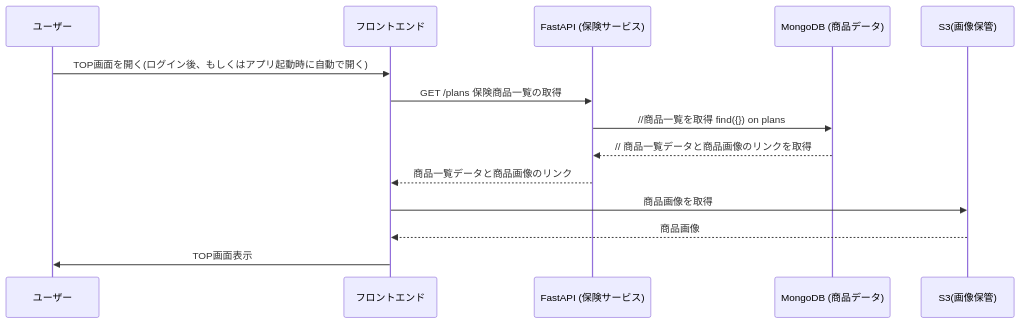
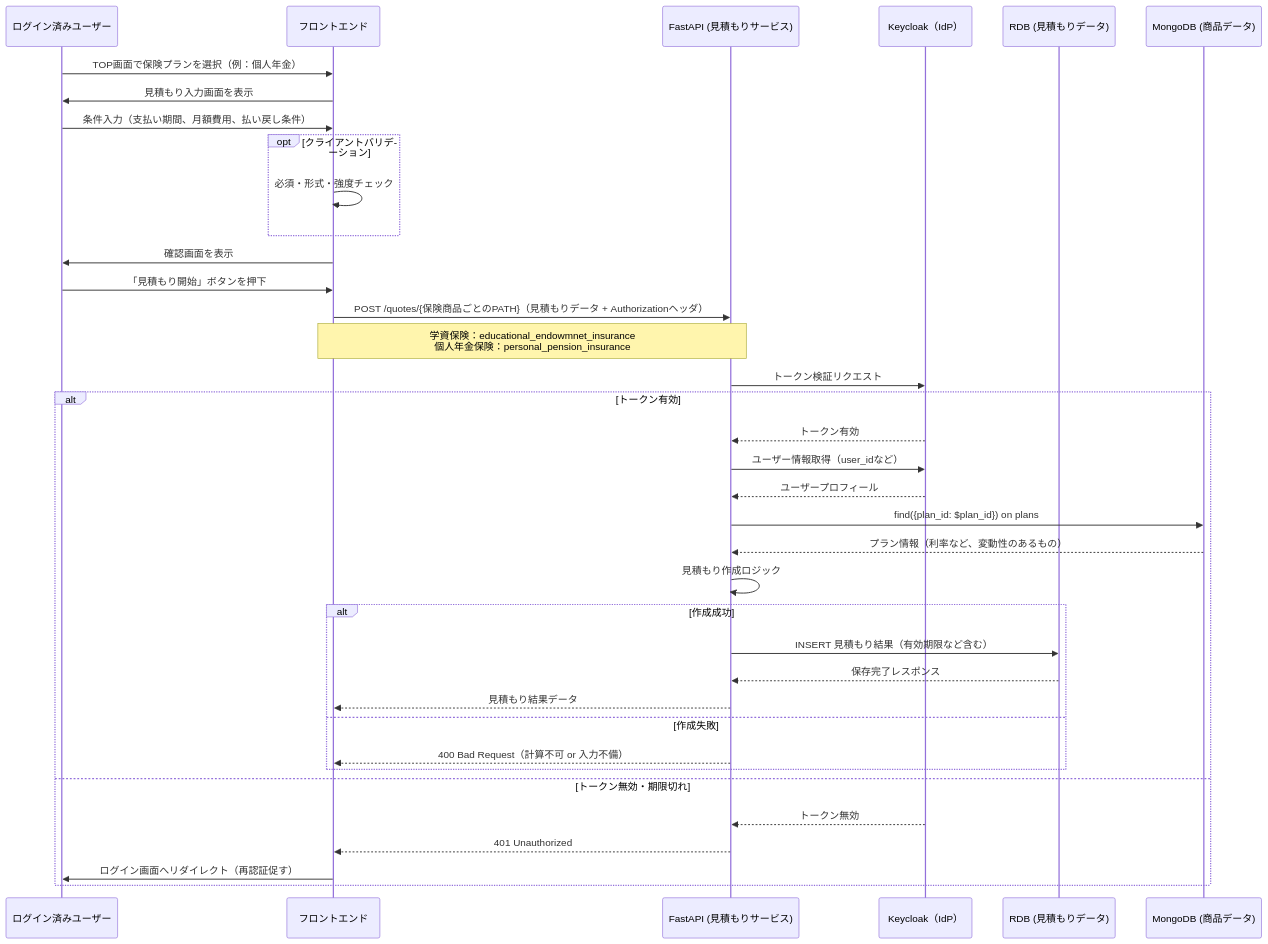
One commit to Yumapon/microservice_app changed the fifth of 10 diagrams in sequence/README.md. Above: the diagram before and after it, drawn with Mermaid. The commit also changed other lines of this file and 14 other files, not shown here.

Commit message:
sequence and openapi

````diff
--- a/sequence/README.md
+++ b/sequence/README.md
@@ -51,17 +269,42 @@
 ```mermaid
 sequenceDiagram
-    participant User as ユーザー
+    participant User as ログイン済みユーザー
     participant Frontend as フロントエンド
-    participant API as FastAPI (保険サービス)
-    participant DB as MongoDB (商品データ)
-    participant S3 as S3(画像保管)
+    participant API as FastAPI (見積もりサービス)
+    participant Keycloak as Keycloak（IdP）
+    participant DB1 as RDB (見積もりデータ)
+    participant DB2 as MongoDB (商品データ)
 
-    User->>Frontend: TOP画面を開く(ログイン後、もしくはアプリ起動時に自動で開く) 
-    Frontend->>API: GET /plans 保険商品一覧の取得
-    API->>DB: //商品一覧を取得 find({}) on plans
-    DB-->>API:// 商品一覧データと商品画像のリンクを取得
-    API-->>Frontend:商品一覧データと商品画像のリンク
-    Frontend->>S3:商品画像を取得
-    S3-->>Frontend:商品画像
-    Frontend->>User: TOP画面表示
+    User->>Frontend: TOP画面で保険プランを選択（例：個人年金）
+    Frontend->>User: 見積もり入力画面を表示
+    User->>Frontend: 条件入力（支払い期間、月額費用、払い戻し条件）
+    opt クライアントバリデーション
+        Frontend->>Frontend: 必須・形式・強度チェック
+    end
+    Frontend->>User: 確認画面を表示
+    User->>Frontend: 「見積もり開始」ボタンを押下
+
+    Frontend->>API: POST /quotes/{保険商品ごとのPATH}（見積もりデータ + Authorizationヘッダ）
+    Note over Frontend,API: 学資保険：educational_endowmnet_insurance<br>個人年金保険：personal_pension_insurance
+    API->>Keycloak: トークン検証リクエスト
+    alt トークン有効
+        Keycloak-->>API: トークン有効
+        API->>Keycloak: ユーザー情報取得（user_idなど）
+        Keycloak-->>API: ユーザープロフィール
+        API->>DB2: find({plan_id: $plan_id}) on plans
+        DB2-->>API: プラン情報（利率など、変動性のあるもの）
+
+        API->>API: 見積もり作成ロジック
+        alt 作成成功
+            API->>DB1: INSERT 見積もり結果（有効期限など含む）
+            DB1-->>API: 保存完了レスポンス
+            API-->>Frontend: 見積もり結果データ
+        else 作成失敗
+            API-->>Frontend: 400 Bad Request（計算不可 or 入力不備）
+        end
+    else トークン無効・期限切れ
+        Keycloak-->>API: トークン無効
+        API-->>Frontend: 401 Unauthorized
+        Frontend->>User: ログイン画面へリダイレクト（再認証促す）
+    end
 ```
````
